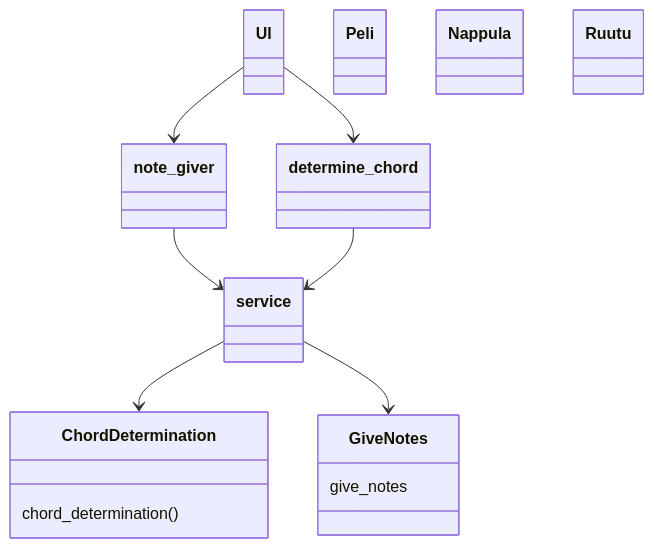
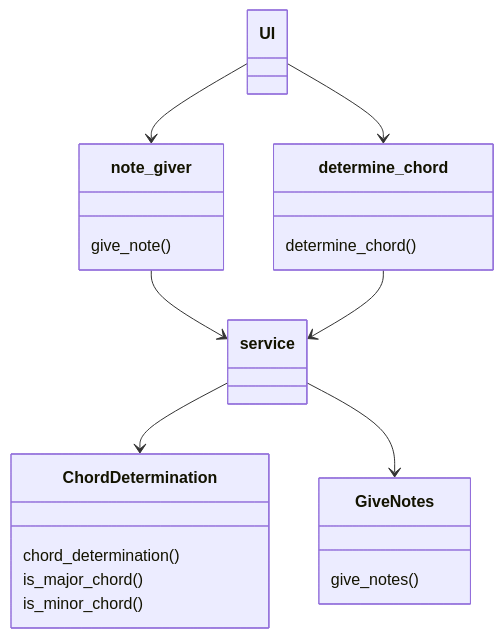
The diagram in dokumentaatio/arkkitehtuuri.md (Aaltonenn/ot-harjoitustyo), drawn with Mermaid before and after one commit.

````diff
--- a/dokumentaatio/arkkitehtuuri.md
+++ b/dokumentaatio/arkkitehtuuri.md
@@ -3,23 +3,25 @@
 ```mermaid
  classDiagram
       UI --> note_giver
       UI --> determine_chord
       note_giver --> service
       determine_chord --> service
       service --> ChordDetermination
       service --> GiveNotes
       
       class ChordDetermination{
       chord_determination()
+      is_major_chord()
+      is_minor_chord()
       }
       class GiveNotes{
-      give_notes
+      give_notes()
       }
-      class Peli{
+      class note_giver{
+      give_note()
       }
-      class Nappula{
-      }
-      class Ruutu{
+      class determine_chord{
+      determine_chord()
       }
       
 ```
````
